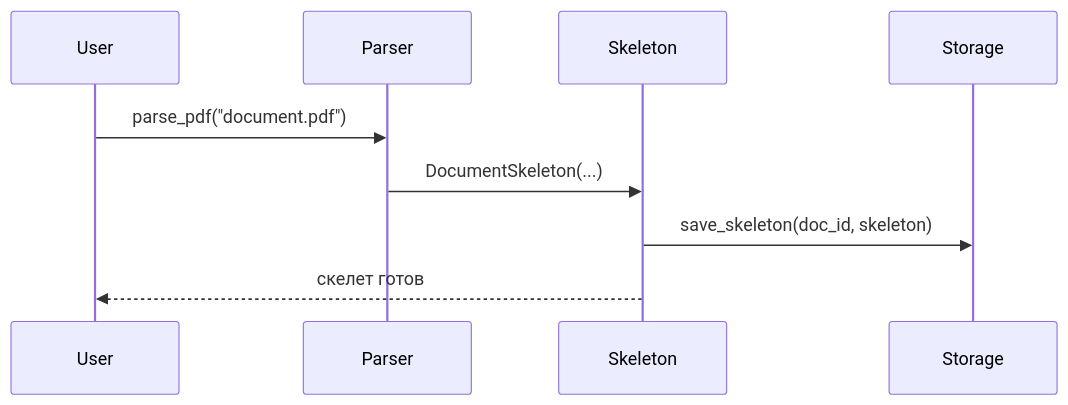
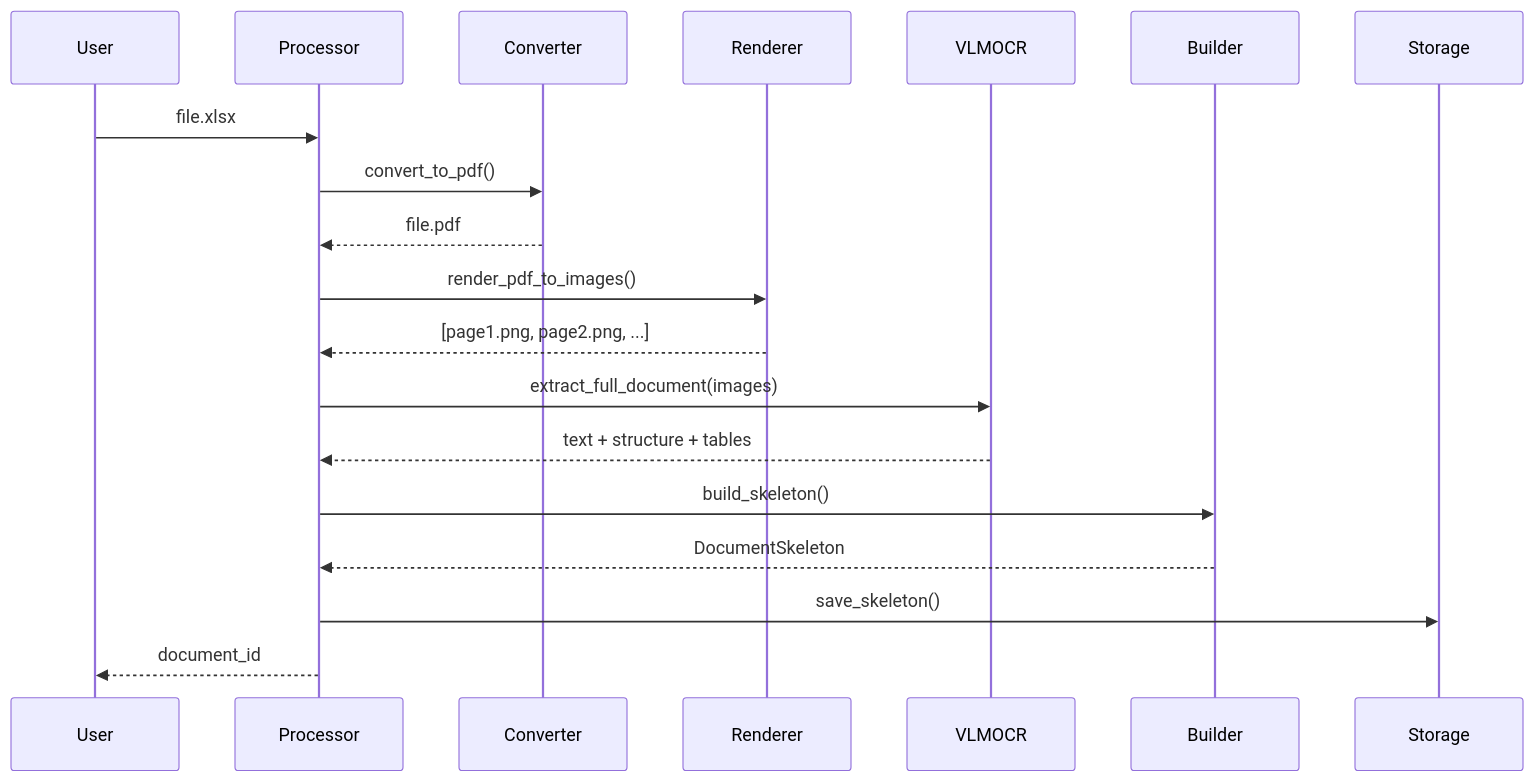
Before and after one commit to Dieugene/agentic-doc-processing: the second of 3 diagrams in 00_docs/architecture/implementation_plan.md, drawn with Mermaid. The commit also changed other lines of this file and 212 other files, not shown here.

````diff
--- a/00_docs/architecture/implementation_plan.md
+++ b/00_docs/architecture/implementation_plan.md
@@ -437,12 +324,27 @@
 ```mermaid
 sequenceDiagram
     participant User
-    participant Parser
-    participant Skeleton
+    participant Processor
+    participant Converter
+    participant Renderer
+    participant VLMOCR
+    participant Builder
     participant Storage
 
-    User->>Parser: parse_pdf("document.pdf")
-    Parser->>Skeleton: DocumentSkeleton(...)
-    Skeleton->>Storage: save_skeleton(doc_id, skeleton)
-    Skeleton-->>User: скелет готов
+    User->>Processor: file.xlsx
+
+    Processor->>Converter: convert_to_pdf()
+    Converter-->>Processor: file.pdf
+
+    Processor->>Renderer: render_pdf_to_images()
+    Renderer-->>Processor: [page1.png, page2.png, ...]
+
+    Processor->>VLMOCR: extract_full_document(images)
+    VLMOCR-->>Processor: text + structure + tables
+
+    Processor->>Builder: build_skeleton()
+    Builder-->>Processor: DocumentSkeleton
+
+    Processor->>Storage: save_skeleton()
+    Processor-->>User: document_id
 ```
````
